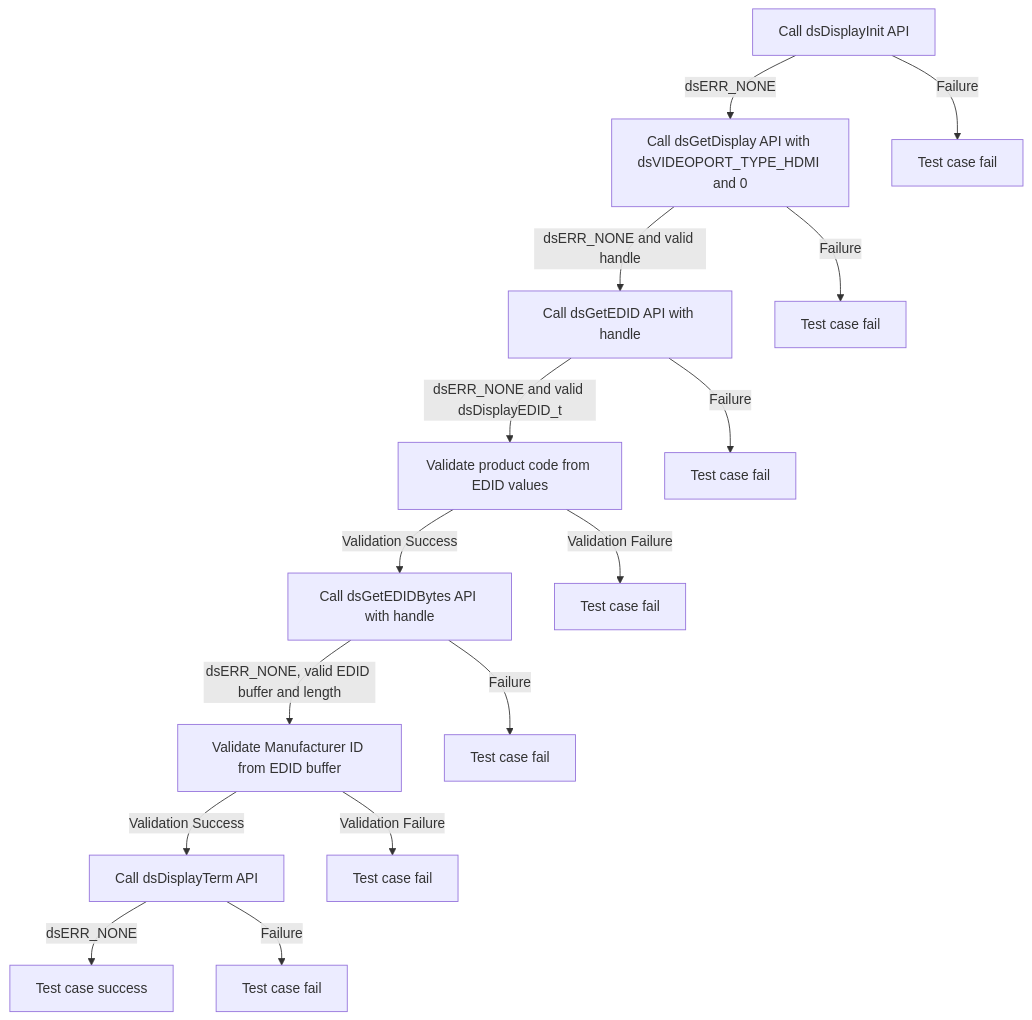
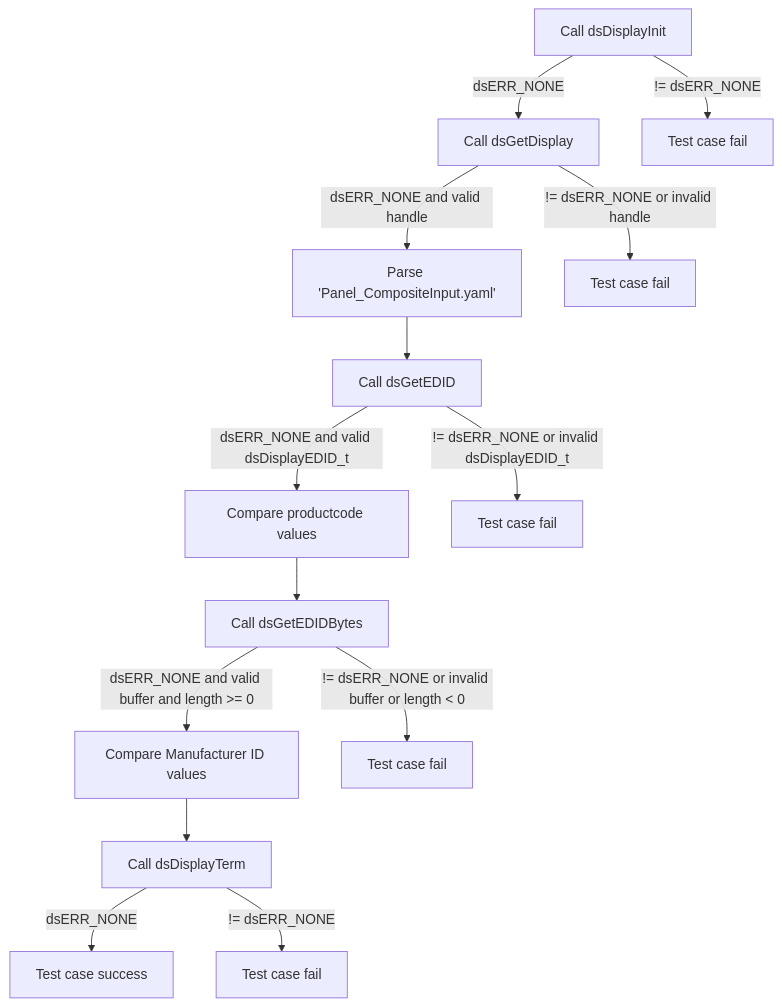
One commit to rdkcentral/rdk-halif-test-device_settings changed the first of 2 diagrams in docs/pages/dsDisplay_L2_Low-Level_TestSpecification.md. Above: the diagram before and after it, drawn with Mermaid. The commit also changed other lines of this file and 6 other files, not shown here.

Commit message:
L2 Tests for dsDisplay and dsCompositeIn Generate L2 tests for updated dsDisplay and dsCompositeIn files

````diff
--- a/docs/pages/dsDisplay_L2_Low-Level_TestSpecification.md
+++ b/docs/pages/dsDisplay_L2_Low-Level_TestSpecification.md
@@ -68,17 +69,16 @@
 ```mermaid
 graph TB
-    A[Call dsDisplayInit API] -->|dsERR_NONE| B[Call dsGetDisplay API with dsVIDEOPORT_TYPE_HDMI and 0]
-    A -->|Failure| A1[Test case fail]
-    B -->|dsERR_NONE and valid handle| C[Call dsGetEDID API with handle]
-    B -->|Failure| B1[Test case fail]
-    C -->|dsERR_NONE and valid dsDisplayEDID_t| D[Validate product code from EDID values]
-    C -->|Failure| C1[Test case fail]
-    D -->|Validation Success| E[Call dsGetEDIDBytes API with handle]
-    D -->|Validation Failure| D1[Test case fail]
-    E -->|dsERR_NONE, valid EDID buffer and length| F[Validate Manufacturer ID from EDID buffer]
-    E -->|Failure| E1[Test case fail]
-    F -->|Validation Success| G[Call dsDisplayTerm API]
-    F -->|Validation Failure| F1[Test case fail]
-    G -->|dsERR_NONE| H[Test case success]
-    G -->|Failure| G1[Test case fail]
+    A[Call dsDisplayInit] -->|dsERR_NONE| B[Call dsGetDisplay]
+    A -->|!= dsERR_NONE| A1[Test case fail]
+    B -->|dsERR_NONE and valid handle| C[Parse 'Panel_CompositeInput.yaml']
+    C--> D[Call dsGetEDID]
+    B -->|!= dsERR_NONE or invalid handle| B1[Test case fail]
+    D -->|dsERR_NONE and valid dsDisplayEDID_t| E[Compare productcode values]
+    D -->|!= dsERR_NONE or invalid dsDisplayEDID_t| D1[Test case fail]
+    E --> F[Call dsGetEDIDBytes]
+    F -->|dsERR_NONE and valid buffer and length >= 0| G[Compare Manufacturer ID values]
+    F -->|!= dsERR_NONE or invalid buffer or length < 0| F1[Test case fail]
+    G --> H[Call dsDisplayTerm]
+    H -->|dsERR_NONE| I[Test case success]
+    H -->|!= dsERR_NONE| H1[Test case fail]
 ```
````
